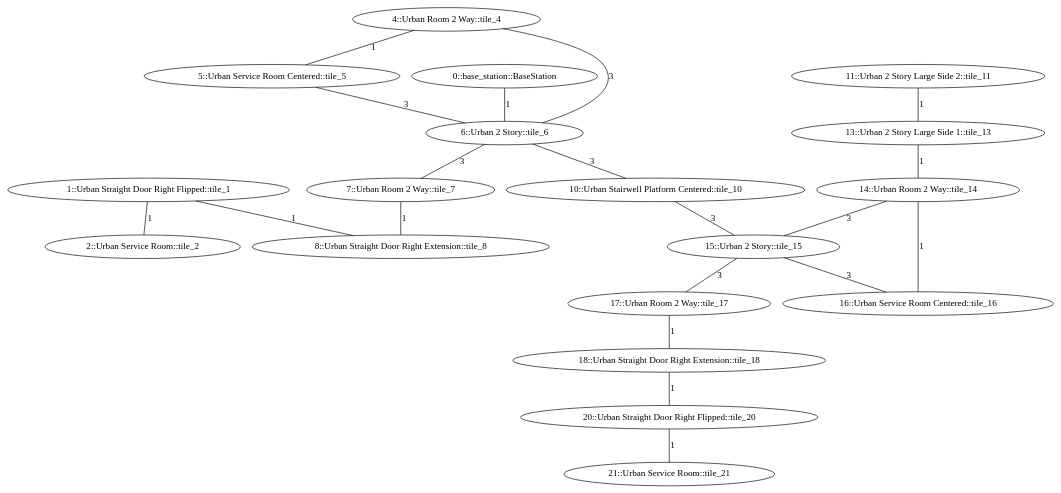
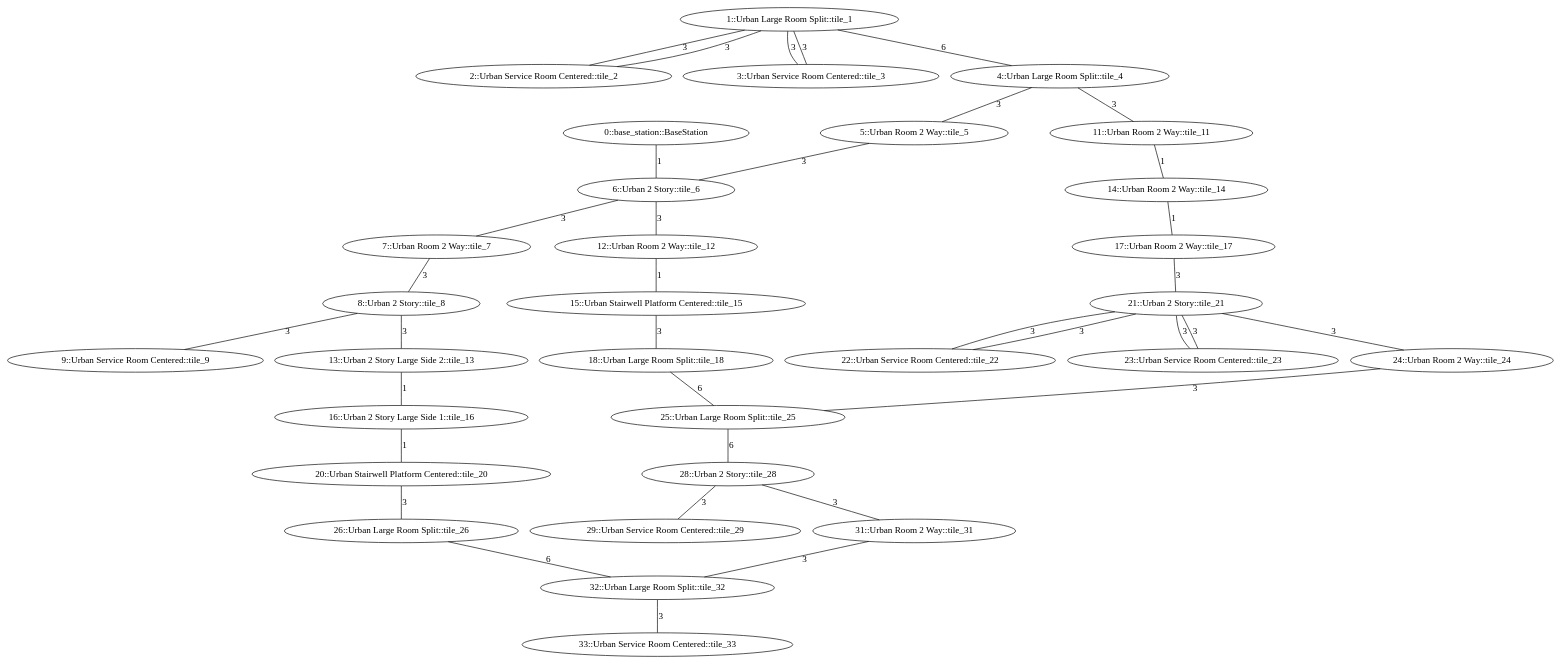
The diagram in subt_ign/worlds/urban_circuit_practice_03.dot (osrf/subt), drawn with Graphviz before and after one commit. The commit also changed 2 other files, not shown here.

Commit message:
update world, no tracks

```diff
--- a/subt_ign/worlds/urban_circuit_practice_03.dot
+++ b/subt_ign/worlds/urban_circuit_practice_03.dot
@@ -1,51 +1,79 @@
 /* Visibility graph for urban_circuit_practice_03.tsv */
 /* Generated with the tile_tsv.py script: */
-/*   tile_tsv.py urban_circuit_practice_03.tsv -\-graph-file urban_circuit_practice_03.dot -\-world-file urban_circuit_practice_03.sdf -\-world-name urban_circuit_practice_03 -\-scale_x 40 -\-scale_y 40 -\-urban -\-y0 24 -\-x0 -136 -\-z0 -9 */
+/*   tile_tsv.py urban_circuit_practice_03.tsv -\-graph-file urban_circuit_practice_03.dot -\-world-file urban_circuit_practice_03.sdf -\-world-name urban_circuit_practice_03 -\-scale_x 40 -\-scale_y 40 -\-urban -\-y0 24 -\-x0 -136 -\-z0 11 */
 
 graph {
   /* ==== Vertices ==== */
 
   /* Base station / Staging area */
   0   [label="0::base_station::BaseStation"];
 
-  1   [label="1::Urban Straight Door Right Flipped::tile_1"];
-  2   [label="2::Urban Service Room::tile_2"];
-  4   [label="4::Urban Room 2 Way::tile_4"];
-  5   [label="5::Urban Service Room Centered::tile_5"];
+  1   [label="1::Urban Large Room Split::tile_1"];
+  2   [label="2::Urban Service Room Centered::tile_2"];
+  3   [label="3::Urban Service Room Centered::tile_3"];
+  4   [label="4::Urban Large Room Split::tile_4"];
+  5   [label="5::Urban Room 2 Way::tile_5"];
   6   [label="6::Urban 2 Story::tile_6"];
   7   [label="7::Urban Room 2 Way::tile_7"];
-  8   [label="8::Urban Straight Door Right Extension::tile_8"];
-  10  [label="10::Urban Stairwell Platform Centered::tile_10"];
-  11  [label="11::Urban 2 Story Large Side 2::tile_11"];
-  13  [label="13::Urban 2 Story Large Side 1::tile_13"];
+  8   [label="8::Urban 2 Story::tile_8"];
+  9   [label="9::Urban Service Room Centered::tile_9"];
+  11  [label="11::Urban Room 2 Way::tile_11"];
+  12  [label="12::Urban Room 2 Way::tile_12"];
+  13  [label="13::Urban 2 Story Large Side 2::tile_13"];
   14  [label="14::Urban Room 2 Way::tile_14"];
-  15  [label="15::Urban 2 Story::tile_15"];
-  16  [label="16::Urban Service Room Centered::tile_16"];
+  15  [label="15::Urban Stairwell Platform Centered::tile_15"];
+  16  [label="16::Urban 2 Story Large Side 1::tile_16"];
   17  [label="17::Urban Room 2 Way::tile_17"];
-  18  [label="18::Urban Straight Door Right Extension::tile_18"];
-  20  [label="20::Urban Straight Door Right Flipped::tile_20"];
-  21  [label="21::Urban Service Room::tile_21"];
+  18  [label="18::Urban Large Room Split::tile_18"];
+  20  [label="20::Urban Stairwell Platform Centered::tile_20"];
+  21  [label="21::Urban 2 Story::tile_21"];
+  22  [label="22::Urban Service Room Centered::tile_22"];
+  23  [label="23::Urban Service Room Centered::tile_23"];
+  24  [label="24::Urban Room 2 Way::tile_24"];
+  25  [label="25::Urban Large Room Split::tile_25"];
+  26  [label="26::Urban Large Room Split::tile_26"];
+  28  [label="28::Urban 2 Story::tile_28"];
+  29  [label="29::Urban Service Room Centered::tile_29"];
+  31  [label="31::Urban Room 2 Way::tile_31"];
+  32  [label="32::Urban Large Room Split::tile_32"];
+  33  [label="33::Urban Service Room Centered::tile_33"];
 
   /* ==== Edges ==== */
 
   /* Base station */
   0  -- 6   [label=1];
-  1  -- 8   [label=1];
-  4  -- 6   [label=3];  /* Intersection */
+  1  -- 4   [label=6];  /* Intersection */
+  4  -- 5   [label=3];  /* Intersection */
+  4  -- 11  [label=3];  /* Intersection */
   5  -- 6   [label=3];  /* Intersection */
   6  -- 7   [label=3];  /* Intersection */
-  6  -- 10  [label=3];  /* Intersection */
-  7  -- 8   [label=1];
-  10 -- 15  [label=3];  /* Intersection */
-  11 -- 13  [label=1];
-  13 -- 14  [label=1];
-  14 -- 15  [label=3];  /* Intersection */
-  14 -- 16  [label=1];
-  15 -- 17  [label=3];  /* Intersection */
-  17 -- 18  [label=1];
-  18 -- 20  [label=1];
-  1  -- 2   [label=1];
-  4  -- 5   [label=1];
-  15 -- 16  [label=3];  /* Intersection */
-  20 -- 21  [label=1];
+  6  -- 12  [label=3];  /* Intersection */
+  7  -- 8   [label=3];  /* Intersection */
+  8  -- 13  [label=3];  /* Intersection */
+  11 -- 14  [label=1];
+  12 -- 15  [label=1];
+  13 -- 16  [label=1];
+  14 -- 17  [label=1];
+  15 -- 18  [label=3];  /* Intersection */
+  16 -- 20  [label=1];
+  17 -- 21  [label=3];  /* Intersection */
+  18 -- 25  [label=6];  /* Intersection */
+  20 -- 26  [label=3];  /* Intersection */
+  21 -- 24  [label=3];  /* Intersection */
+  24 -- 25  [label=3];  /* Intersection */
+  25 -- 28  [label=6];  /* Intersection */
+  26 -- 32  [label=6];  /* Intersection */
+  28 -- 31  [label=3];  /* Intersection */
+  31 -- 32  [label=3];  /* Intersection */
+  1  -- 2   [label=3];  /* Intersection */
+  1  -- 3   [label=3];  /* Intersection */
+  1  -- 2   [label=3];  /* Intersection */
+  1  -- 3   [label=3];  /* Intersection */
+  8  -- 9   [label=3];  /* Intersection */
+  21 -- 22  [label=3];  /* Intersection */
+  21 -- 23  [label=3];  /* Intersection */
+  21 -- 22  [label=3];  /* Intersection */
+  21 -- 23  [label=3];  /* Intersection */
+  28 -- 29  [label=3];  /* Intersection */
+  32 -- 33  [label=3];  /* Intersection */
 }
```
